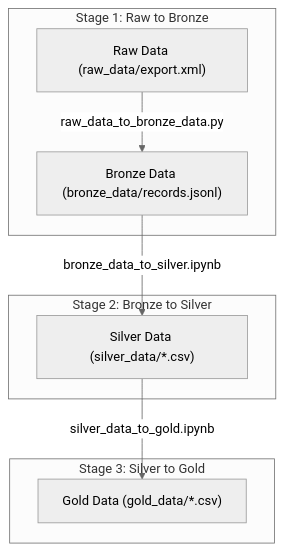
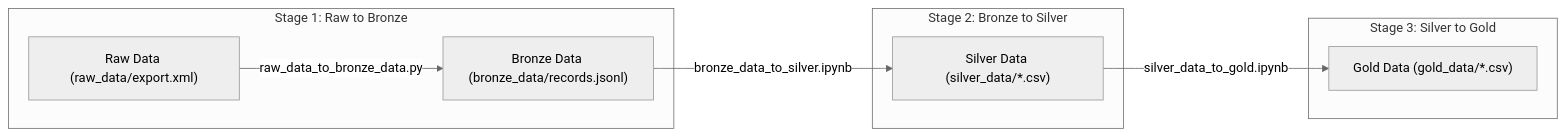
One commit to gary-bains/apple-health-data-analysis changed the diagram in README.md. Above: the diagram before and after it, drawn with Mermaid (neutral theme).

Commit message:
Make the flow go left to right instead of top to bottom in README.md

````diff
--- a/README.md
+++ b/README.md
@@ -38,21 +38,21 @@
 ```mermaid
-graph TD
+graph LR
     A["Raw Data (raw_data/export.xml)"] -->|"raw_data_to_bronze_data.py"| B["Bronze Data (bronze_data/records.jsonl)"]
     B -->|"bronze_data_to_silver.ipynb"| C["Silver Data (silver_data/*.csv)"]
     C -->|"silver_data_to_gold.ipynb"| D["Gold Data (gold_data/*.csv)"]
     
     subgraph "Stage 1: Raw to Bronze"
         A
         B
     end
     
     subgraph "Stage 2: Bronze to Silver"
         B
         C
     end
     
     subgraph "Stage 3: Silver to Gold"
         C
         D
     end
 ```
````
